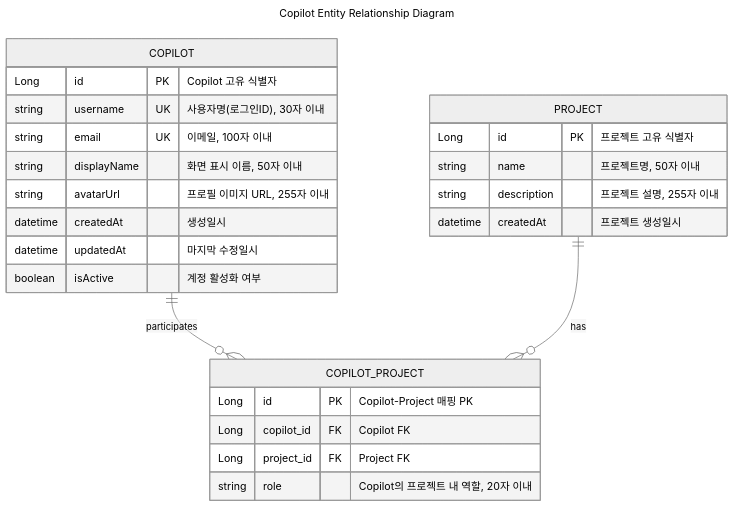
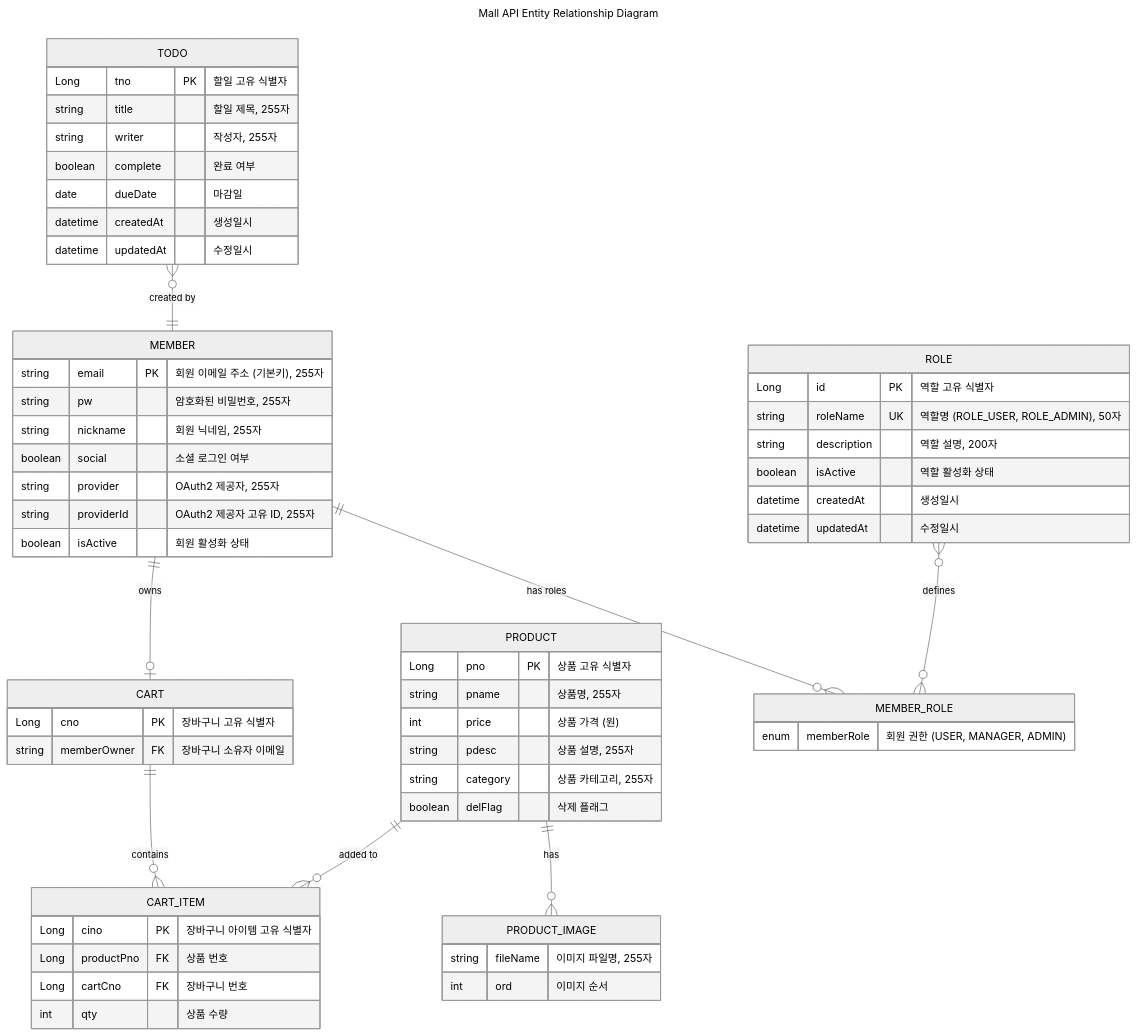
The diagram in entity.md (ByounggwanLee/mallapi), drawn with Mermaid (neutral theme) before and after one commit. The commit also changed other lines of this file and 48 other files, not shown here.

First line of the commit message:
Implement member, product, and role management services with CRUD operations and pagination support

````diff
--- a/entity.md
+++ b/entity.md
@@ -5,33 +5,72 @@
 ```mermaid
 ---
-title: Copilot Entity Relationship Diagram
+title: Mall API Entity Relationship Diagram
 ---
 erDiagram
-    COPILOT ||--o{ COPILOT_PROJECT : participates
-    PROJECT ||--o{ COPILOT_PROJECT : has
+    MEMBER ||--o| CART : owns
+    CART ||--o{ CART_ITEM : contains
+    PRODUCT ||--o{ CART_ITEM : "added to"
+    PRODUCT ||--o{ PRODUCT_IMAGE : has
+    MEMBER ||--o{ MEMBER_ROLE : "has roles"
+    ROLE }o--o{ MEMBER_ROLE : defines
+    TODO }o--|| MEMBER : "created by"
     
-    COPILOT {
-        Long id PK "Copilot 고유 식별자"
-        string username UK "사용자명(로그인ID), 30자 이내"
-        string email UK "이메일, 100자 이내"
-        string displayName "화면 표시 이름, 50자 이내"
-        string avatarUrl "프로필 이미지 URL, 255자 이내"
-        datetime createdAt "생성일시"
-        datetime updatedAt "마지막 수정일시"
-        boolean isActive "계정 활성화 여부"
+    MEMBER {
+        string email PK "회원 이메일 주소 (기본키), 255자"
+        string pw "암호화된 비밀번호, 255자"
+        string nickname "회원 닉네임, 255자"
+        boolean social "소셜 로그인 여부"
+        string provider "OAuth2 제공자, 255자"
+        string providerId "OAuth2 제공자 고유 ID, 255자"
+        boolean isActive "회원 활성화 상태"
     }
     
-    PROJECT {
-        Long id PK "프로젝트 고유 식별자"
-        string name "프로젝트명, 50자 이내"
-        string description "프로젝트 설명, 255자 이내"
-        datetime createdAt "프로젝트 생성일시"
+    ROLE {
+        Long id PK "역할 고유 식별자"
+        string roleName UK "역할명 (ROLE_USER, ROLE_ADMIN), 50자"
+        string description "역할 설명, 200자"
+        boolean isActive "역할 활성화 상태"
+        datetime createdAt "생성일시"
+        datetime updatedAt "수정일시"
     }
     
-    COPILOT_PROJECT {
-        Long id PK "Copilot-Project 매핑 PK"
-        Long copilot_id FK "Copilot FK"
-        Long project_id FK "Project FK"
-        string role "Copilot의 프로젝트 내 역할, 20자 이내"
+    MEMBER_ROLE {
+        enum memberRole "회원 권한 (USER, MANAGER, ADMIN)"
+    }
+    
+    PRODUCT {
+        Long pno PK "상품 고유 식별자"
+        string pname "상품명, 255자"
+        int price "상품 가격 (원)"
+        string pdesc "상품 설명, 255자"
+        string category "상품 카테고리, 255자"
+        boolean delFlag "삭제 플래그"
+    }
+    
+    PRODUCT_IMAGE {
+        string fileName "이미지 파일명, 255자"
+        int ord "이미지 순서"
+    }
+    
+    CART {
+        Long cno PK "장바구니 고유 식별자"
+        string memberOwner FK "장바구니 소유자 이메일"
+    }
+    
+    CART_ITEM {
+        Long cino PK "장바구니 아이템 고유 식별자"
+        Long productPno FK "상품 번호"
+        Long cartCno FK "장바구니 번호"
+        int qty "상품 수량"
+    }
+    
+    TODO {
+        Long tno PK "할일 고유 식별자"
+        string title "할일 제목, 255자"
+        string writer "작성자, 255자"
+        boolean complete "완료 여부"
+        date dueDate "마감일"
+        datetime createdAt "생성일시"
+        datetime updatedAt "수정일시"
     }
 ```
````
